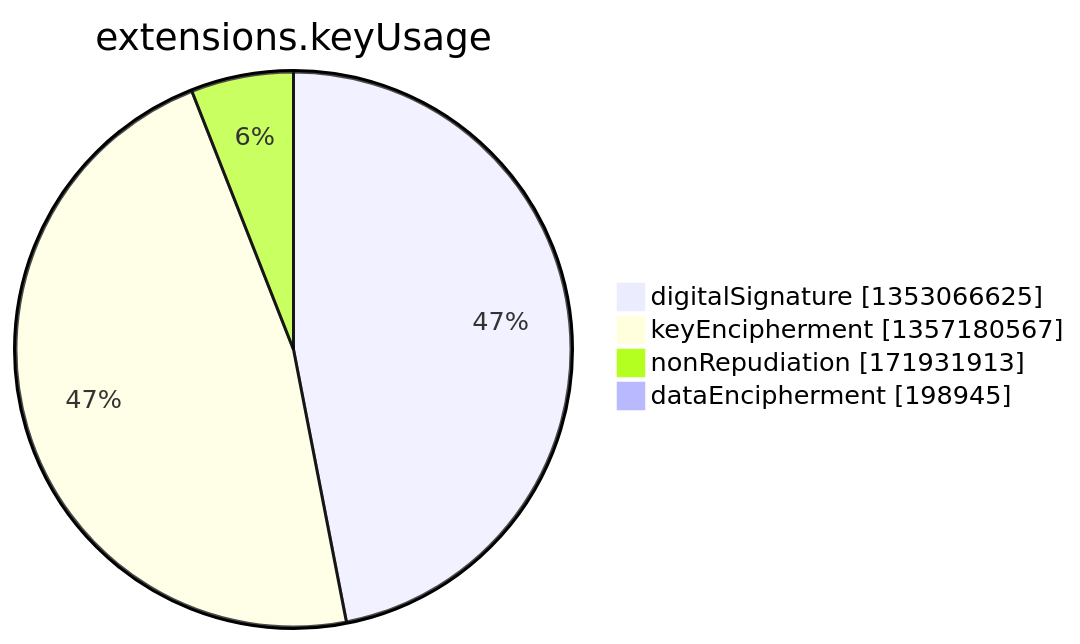
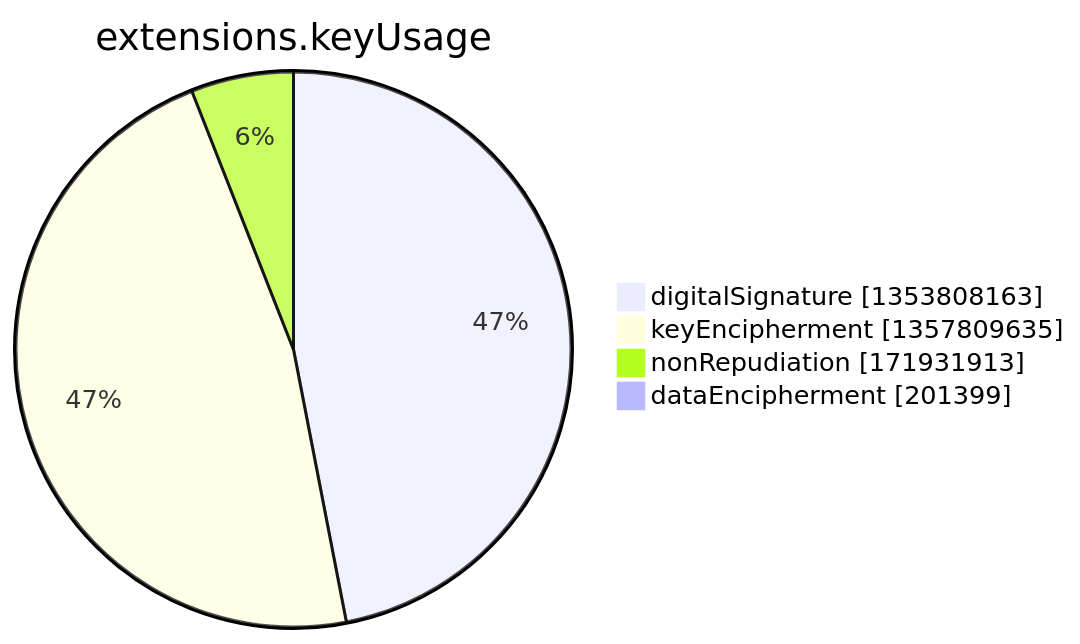
One commit to christiankrug/ctmonitor_visualization changed the seventh of 15 diagrams in argon2022/README.md. Above: the diagram before and after it, drawn with Mermaid. The commit also changed other lines of this file, not shown here.

````diff
--- a/argon2022/README.md
+++ b/argon2022/README.md
@@ -2750,8 +2750,8 @@
 ```mermaid
 pie showData
 title extensions.keyUsage
-"digitalSignature" :1353066625
-"keyEncipherment" :1357180567
+"digitalSignature" :1353808163
+"keyEncipherment" :1357809635
 "nonRepudiation" :171931913
-"dataEncipherment" :198945
+"dataEncipherment" :201399
 ```
````
